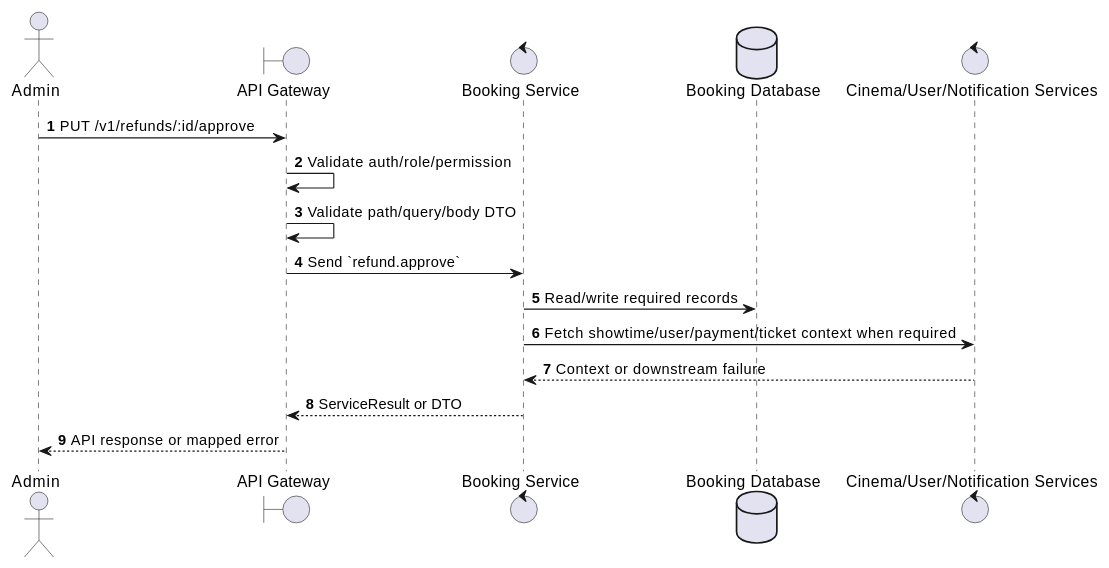
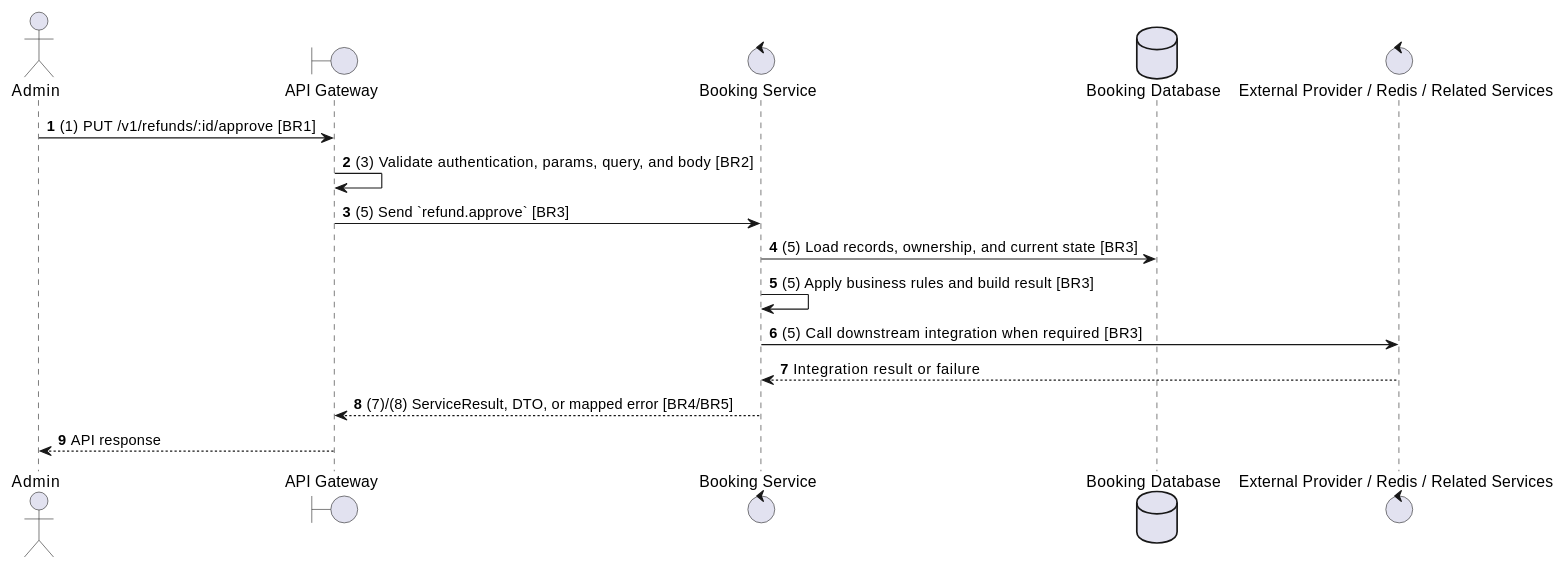
The second of 2 diagrams in docs/functional_specs/3.8_Refund_Management_Module/RF-06_Approve_Refund.md (Tanh1603/movie-hub-architecture), drawn with PlantUML before and after one commit. The commit also changed other lines of this file and 129 other files, not shown here.

````diff
--- a/docs/functional_specs/3.8_Refund_Management_Module/RF-06_Approve_Refund.md
+++ b/docs/functional_specs/3.8_Refund_Management_Module/RF-06_Approve_Refund.md
@@ -17,20 +64,20 @@
 ```plantuml
 @startuml
 autonumber
 actor "Admin" as Actor
 boundary "API Gateway" as GW
 control "Booking Service" as SVC
 database "Booking Database" as DB
-control "Cinema/User/Notification Services" as EXT
+control "External Provider / Redis / Related Services" as EXT
 
-Actor -> GW: PUT /v1/refunds/:id/approve
-GW -> GW: Validate auth/role/permission
-GW -> GW: Validate path/query/body DTO
-GW -> SVC: Send `refund.approve`
-SVC -> DB: Read/write required records
-SVC -> EXT: Fetch showtime/user/payment/ticket context when required
-EXT --> SVC: Context or downstream failure
-SVC --> GW: ServiceResult or DTO
-GW --> Actor: API response or mapped error
+Actor -> GW: (1) PUT /v1/refunds/:id/approve [BR1]
+GW -> GW: (3) Validate authentication, params, query, and body [BR2]
+GW -> SVC: (5) Send `refund.approve` [BR3]
+SVC -> DB: (5) Load records, ownership, and current state [BR3]
+SVC -> SVC: (5) Apply business rules and build result [BR3]
+SVC -> EXT: (5) Call downstream integration when required [BR3]
+EXT --> SVC: Integration result or failure
+SVC --> GW: (7)/(8) ServiceResult, DTO, or mapped error [BR4/BR5]
+GW --> Actor: API response
 @enduml
 ```
````
